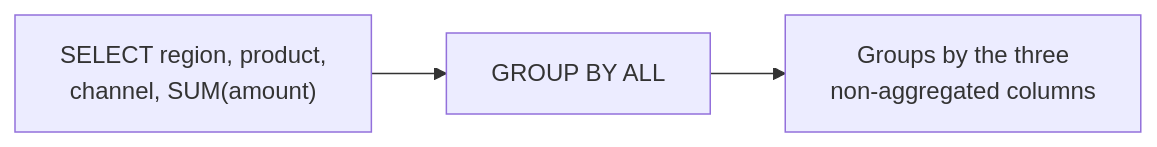
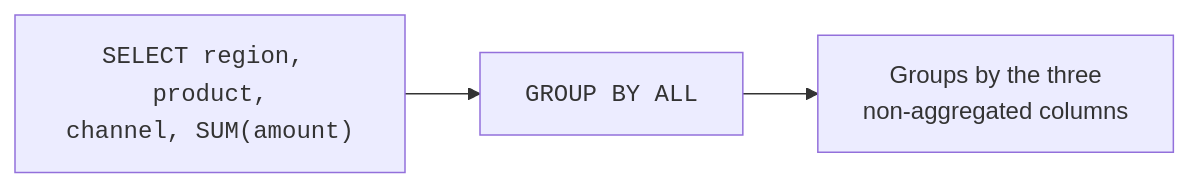
One commit to dataslope/dataslope changed the first of 2 diagrams in content/learn/sql-analytics-duckdb/group-by-all-and-grouping-sets.mdx. Above: the diagram before and after it, drawn with Mermaid. The commit also changed 56 other files, not shown here.

````diff
--- a/content/learn/sql-analytics-duckdb/group-by-all-and-grouping-sets.mdx
+++ b/content/learn/sql-analytics-duckdb/group-by-all-and-grouping-sets.mdx
@@ -60,5 +60,5 @@
 ```mermaid
 flowchart LR
-    S["SELECT region, product,<br/>channel, SUM(amount)"] --> A["GROUP BY ALL"]
+    S["<code>SELECT region, product,<br/>channel, SUM(amount)</code>"] --> A["<code>GROUP BY ALL</code>"]
     A --> G["Groups by the three<br/>non-aggregated columns"]
 ```
````
